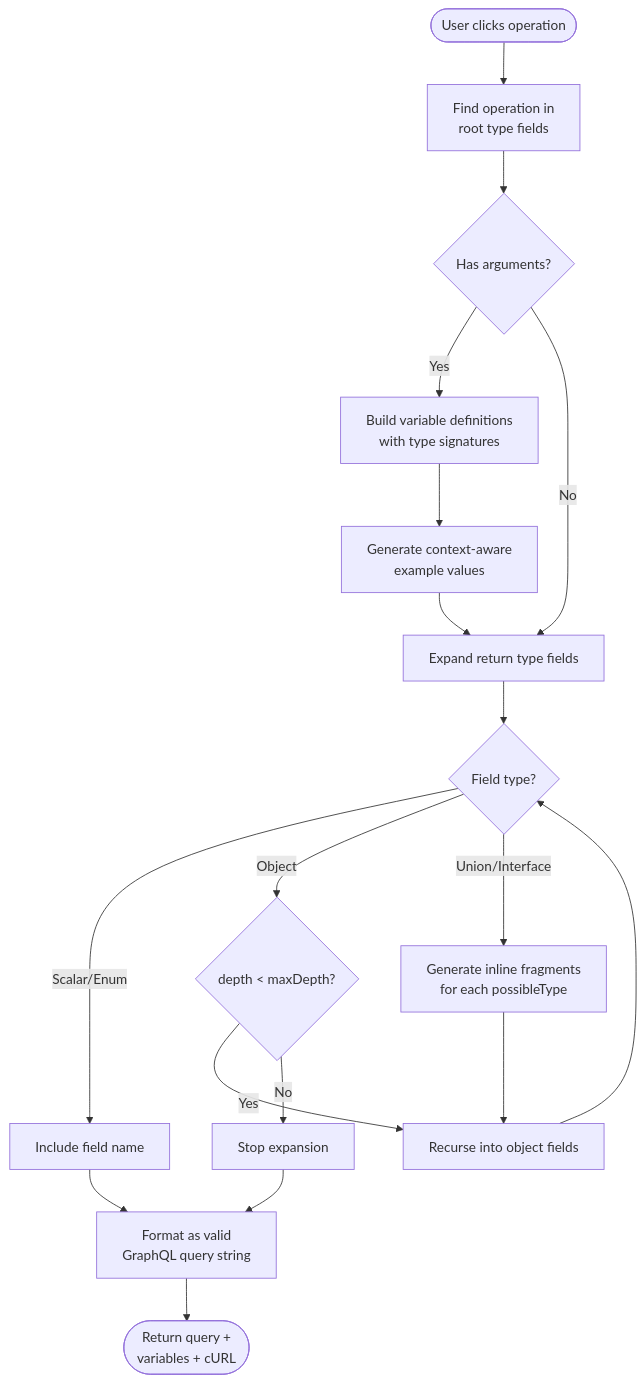
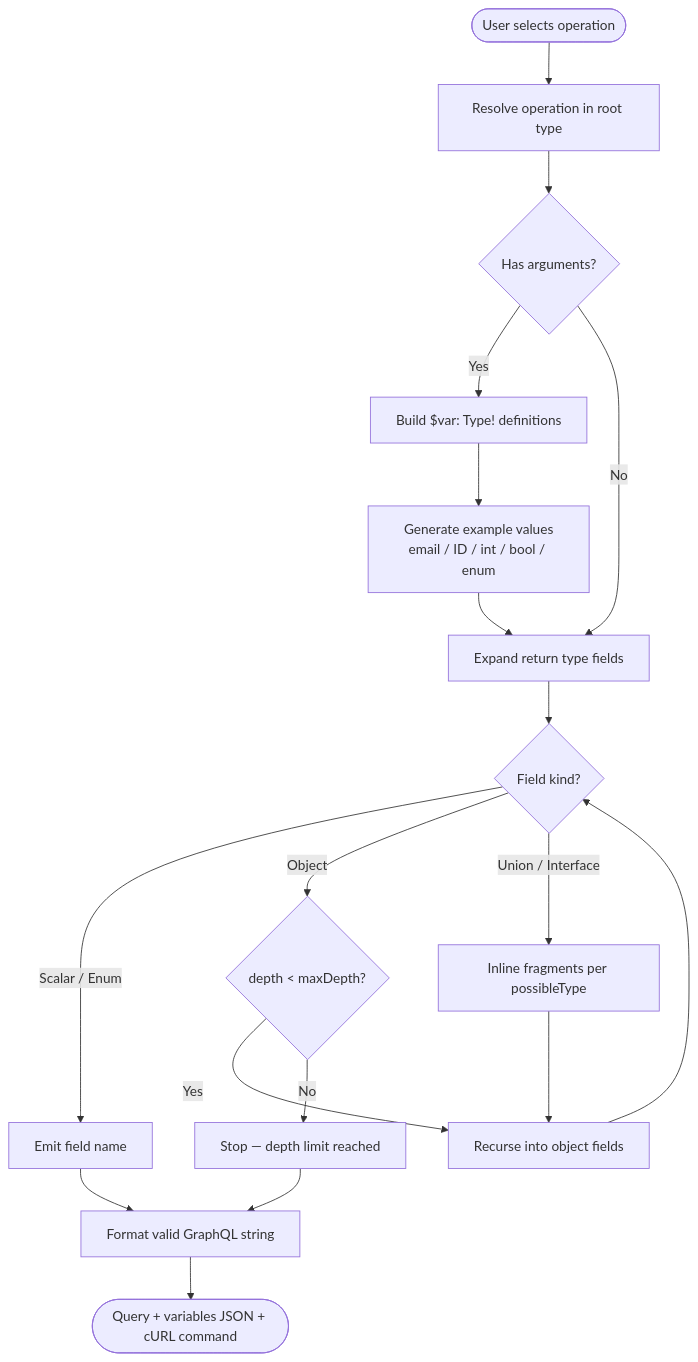
The fifth of 6 diagrams in README.md (0xDTC/0xGQLForge), drawn with Mermaid before and after one commit. The commit also changed other lines of this file and 9 other files, not shown here.

First line of the commit message:
Refactor schema inference and project management features

````diff
--- a/README.md
+++ b/README.md
@@ -270,26 +316,25 @@
 ```mermaid
 flowchart TD
-    START([User clicks operation]) --> FIND[Find operation in<br/>root type fields]
+    START([User selects operation]) --> FIND[Resolve operation in root type]
     FIND --> ARGS{Has arguments?}
 
-    ARGS -->|Yes| VARDEFS[Build variable definitions<br/>with type signatures]
-    VARDEFS --> EXAMPLES[Generate context-aware<br/>example values]
+    ARGS -->|Yes| VARDEFS[Build $var: Type! definitions]
+    VARDEFS --> EXAMPLES[Generate example values<br/>email / ID / int / bool / enum]
     ARGS -->|No| EXPAND
 
     EXAMPLES --> EXPAND[Expand return type fields]
 
-    EXPAND --> CHECK{Field type?}
-    CHECK -->|Scalar/Enum| LEAF[Include field name]
+    EXPAND --> CHECK{Field kind?}
+    CHECK -->|Scalar / Enum| LEAF[Emit field name]
     CHECK -->|Object| DEPTH{depth < maxDepth?}
-    CHECK -->|Union/Interface| FRAG[Generate inline fragments<br/>for each possibleType]
+    CHECK -->|Union / Interface| FRAG[Inline fragments per possibleType]
 
     DEPTH -->|Yes| RECURSE[Recurse into object fields]
-    DEPTH -->|No| STOP[Stop expansion]
+    DEPTH -->|No| STOP[Stop — depth limit reached]
 
     FRAG --> RECURSE
     RECURSE --> CHECK
-
-    LEAF --> FORMAT[Format as valid<br/>GraphQL query string]
+    LEAF --> FORMAT[Format valid GraphQL string]
     STOP --> FORMAT
-    FORMAT --> OUTPUT([Return query +<br/>variables + cURL])
+    FORMAT --> OUTPUT([Query + variables JSON + cURL command])
 ```
````
